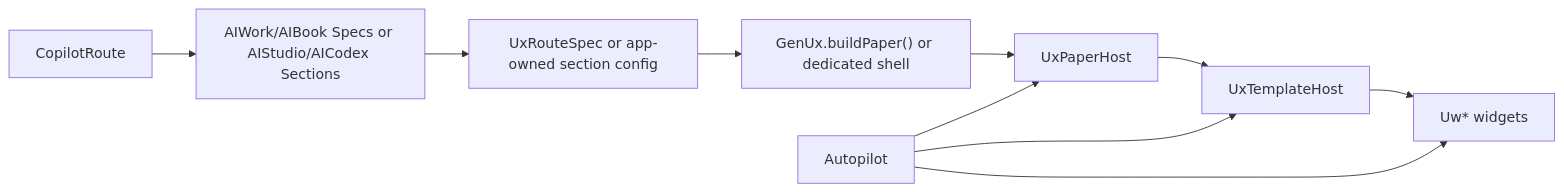
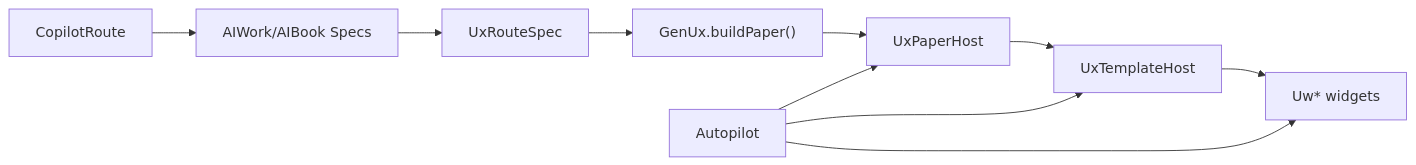
The second of 4 diagrams in docs/project_deep_analysis.md (githubflutter/genrp), drawn with Mermaid before and after one commit. The commit also changed other lines of this file and 13 other files, not shown here.

Commit message:
feat: introduce Admin Home UI with UExplorer, AdminState, and ExplorerState, while removing the Relation model from schema definitions.

````diff
--- a/docs/project_deep_analysis.md
+++ b/docs/project_deep_analysis.md
@@ -408,16 +403,16 @@
 ```mermaid
 flowchart LR
     Route["CopilotRoute"]
-    Specs["AIWork/AIBook Specs or AIStudio/AICodex Sections"]
-    RS["UxRouteSpec or app-owned section config"]
-    GX["GenUx.buildPaper() or dedicated shell"]
+    Specs["AIWork/AIBook Specs"]
+    RS["UxRouteSpec"]
+    GX["GenUx.buildPaper()"]
     PH["UxPaperHost"]
     TH["UxTemplateHost"]
     VW["Uw* widgets"]
     AP["Autopilot"]
 
     Route --> Specs --> RS --> GX --> PH --> TH --> VW
     AP --> PH
     AP --> TH
     AP --> VW
 ```
````
